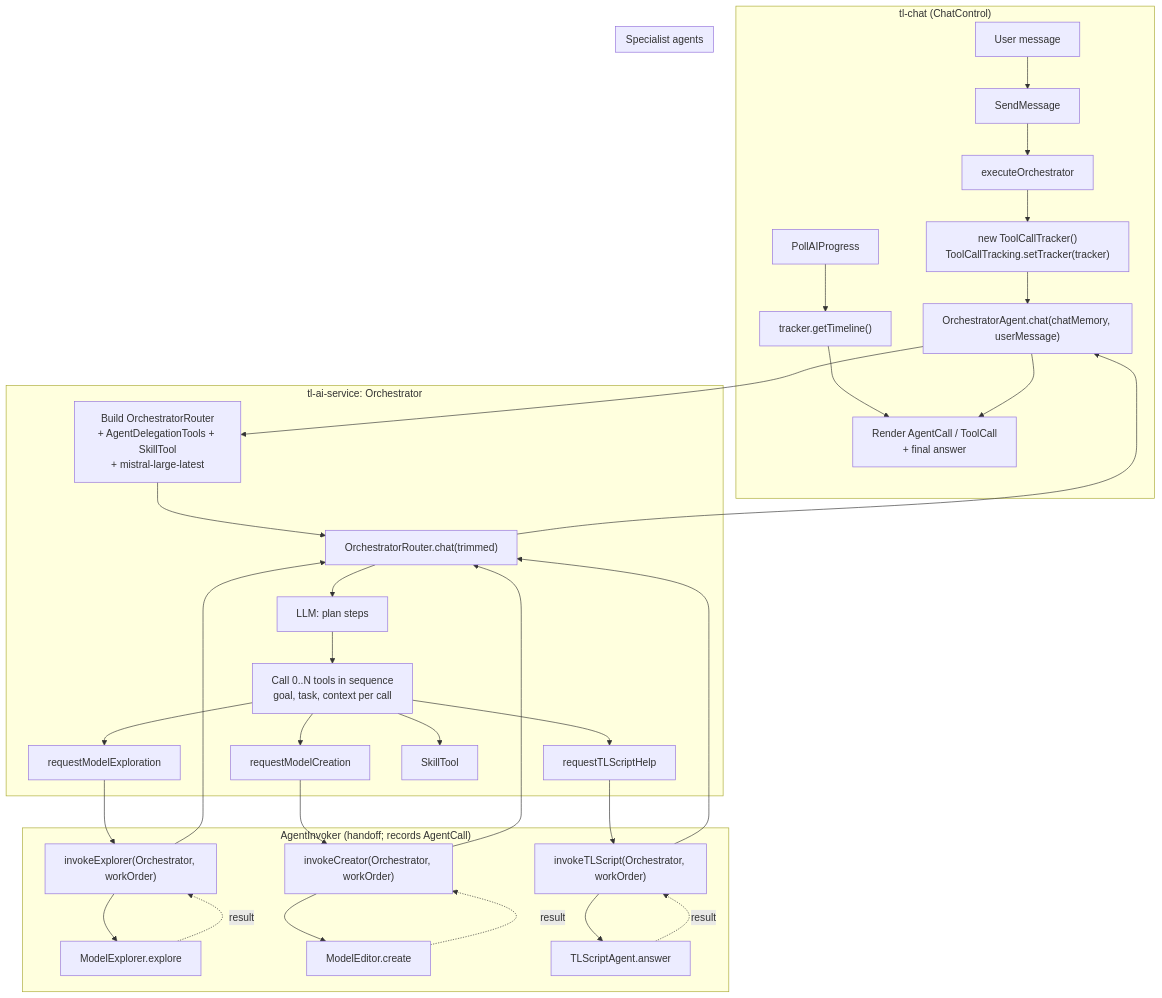
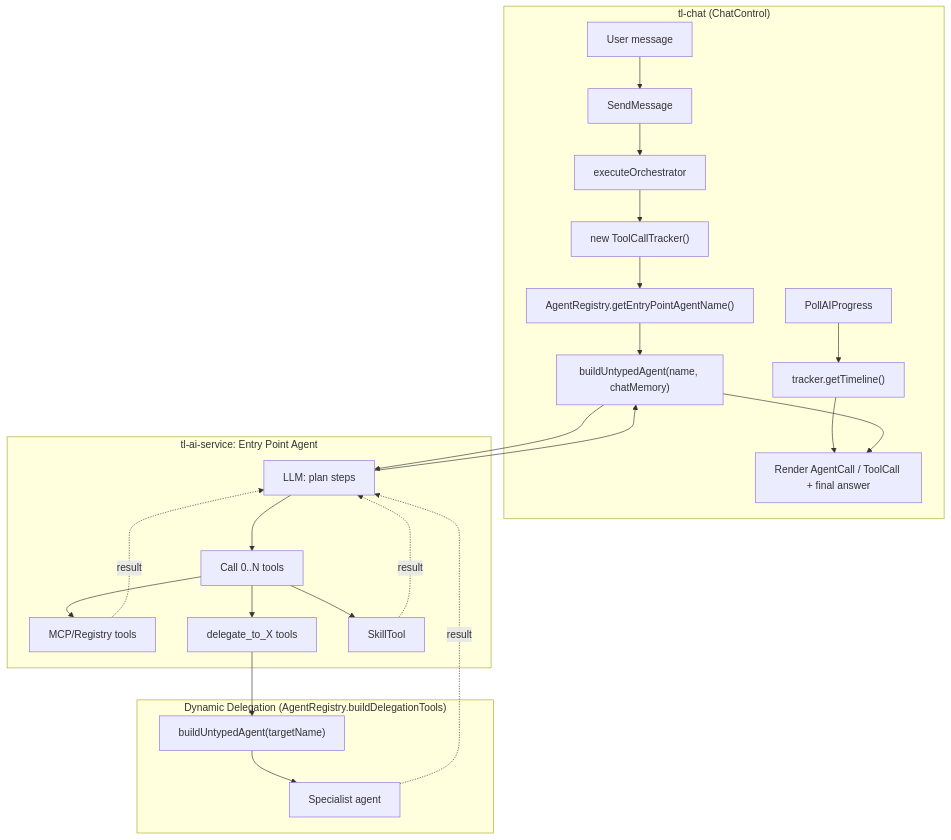
The diagram in tl-ai-service/CLAUDE.md (top-logic/tl-engine), drawn with Mermaid before and after one commit. The commit also changed other lines of this file and 3 other files, not shown here.

````diff
--- a/tl-ai-service/CLAUDE.md
+++ b/tl-ai-service/CLAUDE.md
@@ -26,47 +26,32 @@
 ```mermaid
 flowchart TB
     subgraph UI["tl-chat (ChatControl)"]
         U[User message]
         U --> Send[SendMessage]
         Send --> Exec[executeOrchestrator]
-        Exec --> Tracker["new ToolCallTracker()<br/>ToolCallTracking.setTracker(tracker)"]
-        Tracker --> OChat["OrchestratorAgent.chat(chatMemory, userMessage)"]
+        Exec --> Tracker["new ToolCallTracker()"]
+        Tracker --> Registry["AgentRegistry.getEntryPointAgentName()"]
+        Registry --> Build["buildUntypedAgent(name, chatMemory)"]
         Poll["PollAIProgress"] --> Timeline["tracker.getTimeline()"]
-        Timeline --> Render["Render AgentCall / ToolCall<br/>+ final answer"]
+        Timeline --> Render["Render AgentCall / ToolCall + final answer"]
     end
 
-    subgraph Orch["tl-ai-service: Orchestrator"]
-        OChat --> Build["Build OrchestratorRouter<br/>+ AgentDelegationTools + SkillTool<br/>+ mistral-large-latest"]
-        Build --> Router["OrchestratorRouter.chat(trimmed)"]
-        Router --> LLM["LLM: plan steps"]
-        LLM --> Tool["Call 0..N tools in sequence<br/>goal, task, context per call"]
-        Tool --> T1[requestModelExploration]
-        Tool --> T2[requestModelCreation]
-        Tool --> T3[requestTLScriptHelp]
-        Tool --> T4[SkillTool]
+    subgraph Agent["tl-ai-service: Entry Point Agent"]
+        Build --> LLM["LLM: plan steps"]
+        LLM --> Tool["Call 0..N tools"]
+        Tool --> T1["MCP/Registry tools"]
+        Tool --> T2["delegate_to_X tools"]
+        Tool --> T3["SkillTool"]
     end
 
-    subgraph Invoker["AgentInvoker (handoff; records AgentCall)"]
-        T1 --> I1["invokeExplorer(Orchestrator, workOrder)"]
-        T2 --> I2["invokeCreator(Orchestrator, workOrder)"]
-        T3 --> I3["invokeTLScript(Orchestrator, workOrder)"]
-        I1 --> ME
-        I2 --> MC
-        I3 --> TL
+    subgraph Delegation["Dynamic Delegation (AgentRegistry.buildDelegationTools)"]
+        T2 --> Del["buildUntypedAgent(targetName)"]
+        Del --> Spec["Specialist agent"]
     end
 
-    subgraph Specialists["Specialist agents"]
-        ME[ModelExplorer.explore]
-        MC[ModelEditor.create]
-        TL[TLScriptAgent.answer]
-    end
-
-    ME -.->|result| I1
-    MC -.->|result| I2
-    TL -.->|result| I3
-    I1 --> Router
-    I2 --> Router
-    I3 --> Router
-    Router --> OChat
-    OChat --> Render
+    Spec -.->|result| LLM
+    T1 -.->|result| LLM
+    T3 -.->|result| LLM
+    LLM --> Build
+    Build --> Render
 ```
````
